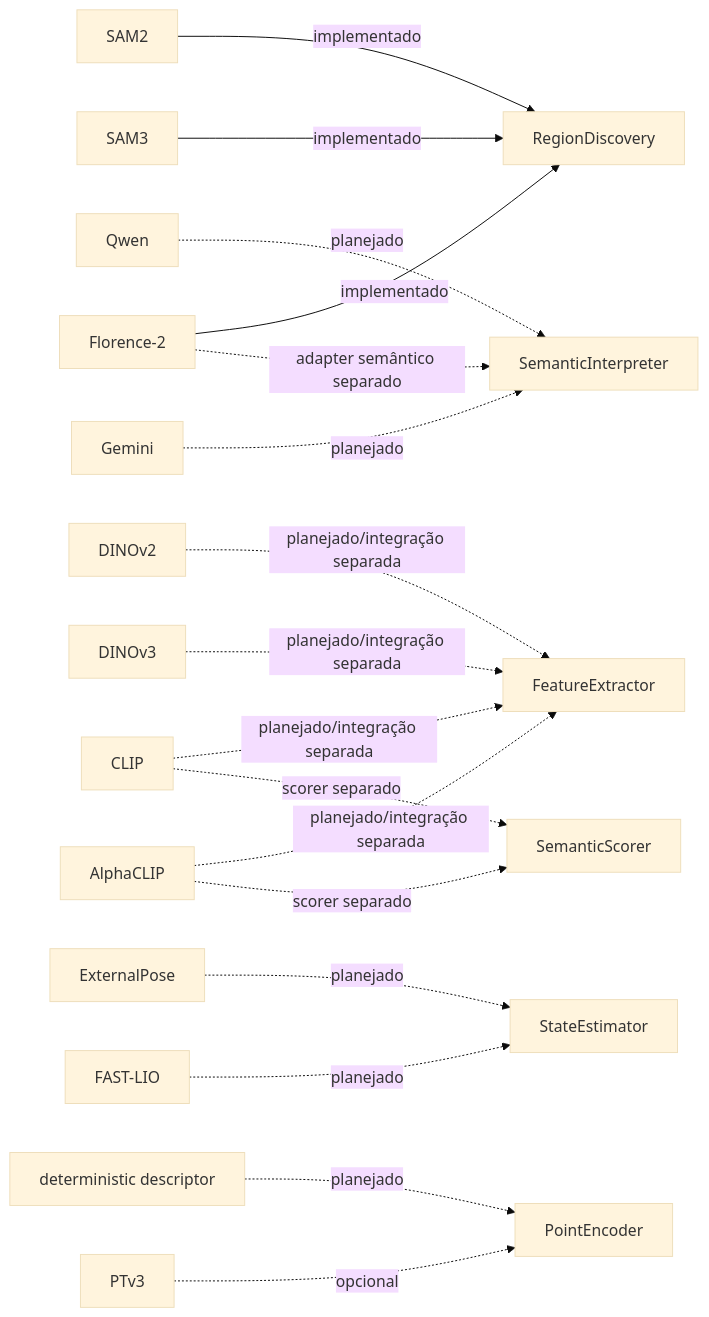
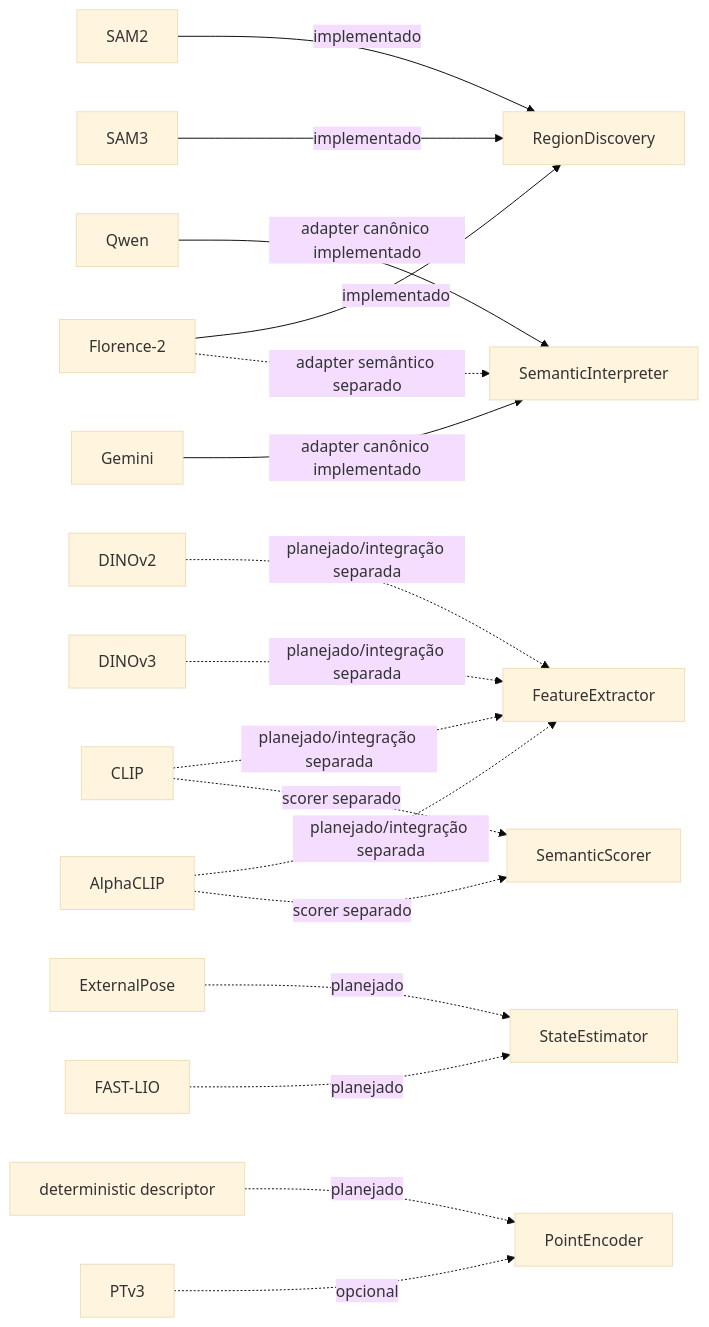
One commit to Alexandre-Tortoza/contextmap2 changed the fourth of 7 diagrams in docs/architecture.md. Above: the diagram before and after it, drawn with Mermaid (base theme). The commit also changed other lines of this file and 5 other files, not shown here.

First line of the commit message:
docs: integrate semantic interpretation into global architecture

````diff
--- a/docs/architecture.md
+++ b/docs/architecture.md
@@ -253,27 +254,27 @@
 ```mermaid
 flowchart LR
     RD["RegionDiscovery"]
     FE["FeatureExtractor"]
     SI["SemanticInterpreter"]
     SS["SemanticScorer"]
     SE["StateEstimator"]
     PE["PointEncoder"]
 
     SAM2["SAM2"] -->|implementado| RD
     SAM3["SAM3"] -->|implementado| RD
     F2["Florence-2"] -->|implementado| RD
 
     D2["DINOv2"] -. planejado/integração separada .-> FE
     D3["DINOv3"] -. planejado/integração separada .-> FE
     CLIP["CLIP"] -. planejado/integração separada .-> FE
     ACLIP["AlphaCLIP"] -. planejado/integração separada .-> FE
-    Q["Qwen"] -. planejado .-> SI
-    G["Gemini"] -. planejado .-> SI
+    Q["Qwen"] -->|adapter canônico implementado| SI
+    G["Gemini"] -->|adapter canônico implementado| SI
     F2 -. adapter semântico separado .-> SI
     CLIP -. scorer separado .-> SS
     ACLIP -. scorer separado .-> SS
     EXT["ExternalPose"] -. planejado .-> SE
     FL["FAST-LIO"] -. planejado .-> SE
     DET["deterministic descriptor"] -. planejado .-> PE
     PT["PTv3"] -. opcional .-> PE
 ```
````
